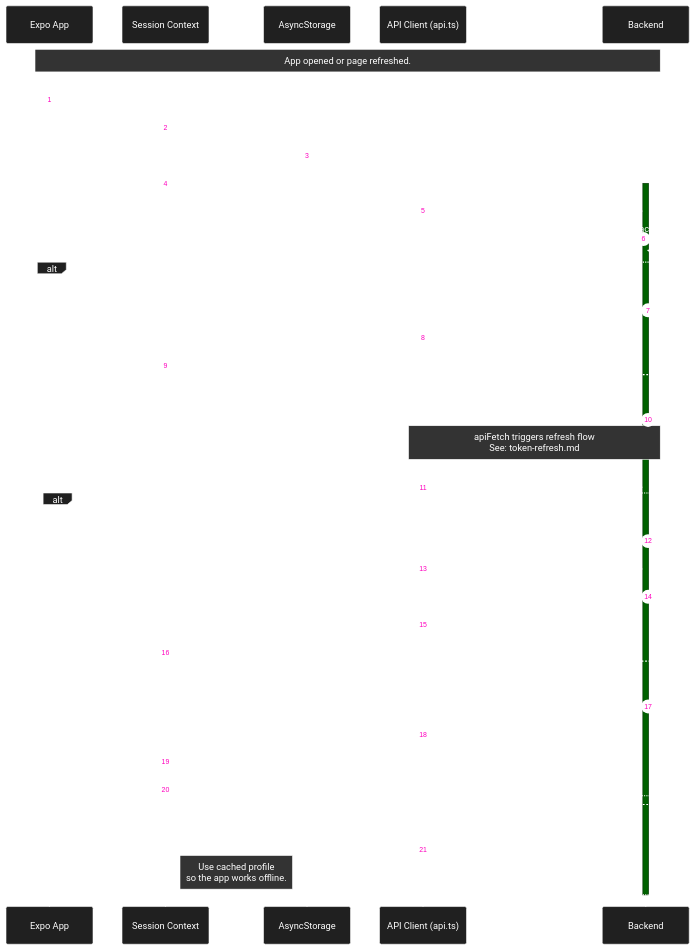
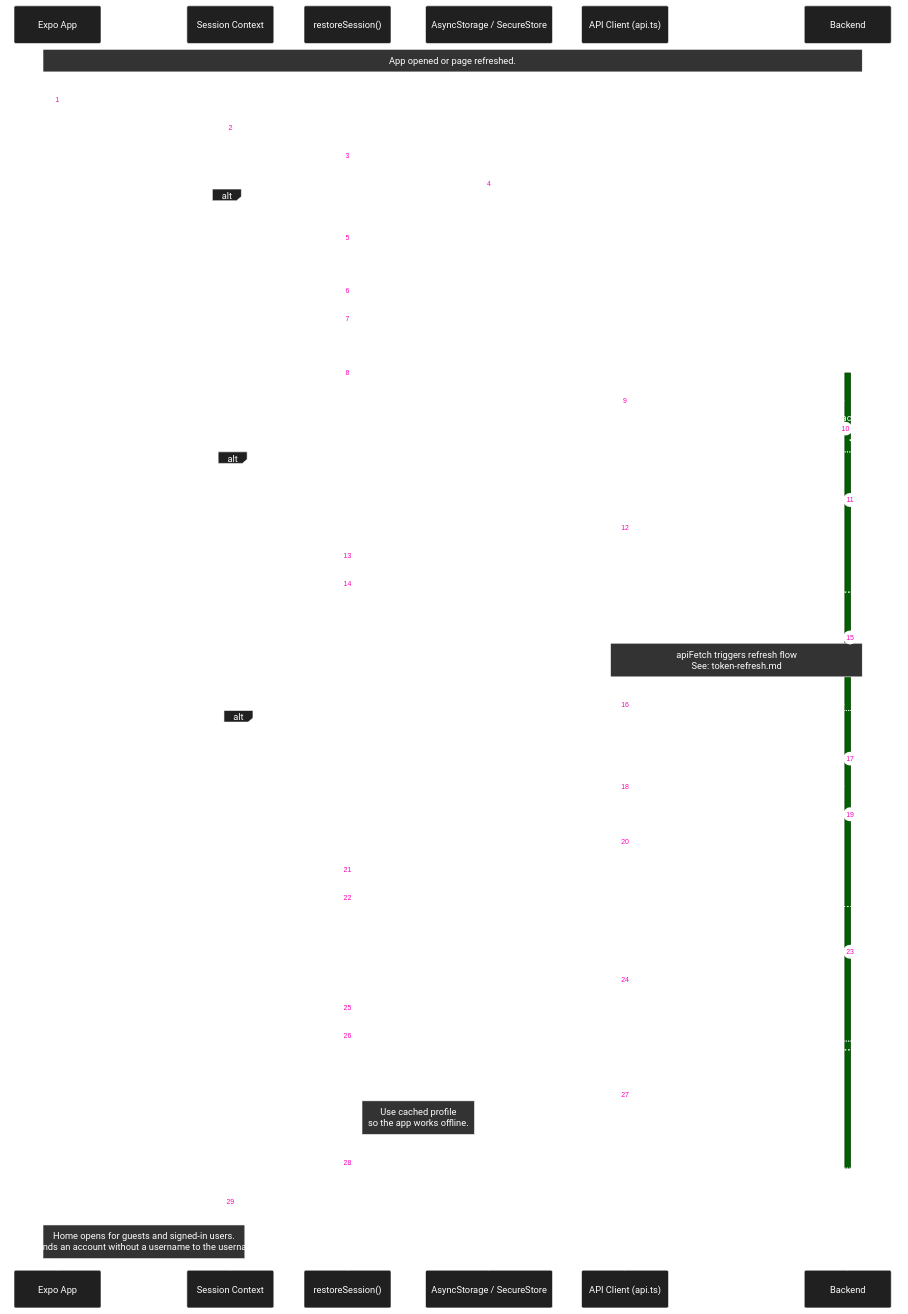
One commit to michaelgreenl/tally-tracker changed the diagram in docs/diagrams/sequence/auth/auth-check.md. Above: the diagram before and after it, drawn with Mermaid. The commit also changed 8 other files, not shown here.

First line of the commit message:
docs(diagrams): match the diagrams to the current code

````diff
--- a/docs/diagrams/sequence/auth/auth-check.md
+++ b/docs/diagrams/sequence/auth/auth-check.md
@@ -22,51 +22,65 @@
     autonumber
     participant App as Expo App
     participant Session as Session Context
-    participant Storage as AsyncStorage
+    participant Restore as restoreSession()
+    participant Storage as AsyncStorage / SecureStore
     participant Client as API Client (api.ts)
     participant API as Backend
 
     Note over App, API: App opened or page refreshed.
 
-    App->>Session: restoreSession()
+    App->>Session: Mount the session provider
+    Session->>Restore: restoreSession()
+    Restore->>Storage: Get cached user profile
+    Storage-->>Restore: Cached user or null
 
-    Session->>Storage: Get cached user profile
-    Storage-->>Session: Cached user
+    alt No cached user
+        Restore-->>Session: null (guest)
+    else Native app without stored tokens
+        Restore->>Storage: Clear local auth
+        Restore-->>Session: null (guest)
+    else Cached user with credentials
+        Restore->>Client: GET /users/check-auth
 
-    Session->>Client: GET /users/check-auth
+        activate API
+        Client->>API: Request (access token via cookie or header)
+        API->>API: Validate access token
 
-    activate API
-    Client->>API: Request (access token via cookie or header)
-    API->>API: Validate access token
+        alt Access Token Valid
+            API-->>Client: 200 { user }
+            Client-->>Restore: User data
+            Restore->>Storage: Update cached profile
+            Restore-->>Session: Verified user
 
-    alt Access Token Valid
-        API-->>Client: 200 { user }
-        Client-->>Session: User data
-        Session->>Storage: Update cached profile
+        else Access Token Expired
+            API-->>Client: 401
 
-    else Access Token Expired
-        API-->>Client: 401
+            Note over Client, API: apiFetch triggers refresh flow<br/>See: token-refresh.md
+            Client->>API: POST /users/refresh
 
-        Note over Client, API: apiFetch triggers refresh flow<br/>See: token-refresh.md
-        Client->>API: POST /users/refresh
+            alt Refresh Succeeds
+                API-->>Client: 200 (new tokens)
+                Client->>API: Retry GET /users/check-auth
+                API-->>Client: 200 { user }
+                Client-->>Restore: User data
+                Restore->>Storage: Update cached profile
+                Restore-->>Session: Verified user
 
-        alt Refresh Succeeds
-            API-->>Client: 200 (new tokens)
-            Client->>API: Retry GET /users/check-auth
-            API-->>Client: 200 { user }
-            Client-->>Session: User data
-            Session->>Storage: Update cached profile
+            else Refresh Fails (expired / invalid)
+                API-->>Client: 401
+                Client-->>Restore: ApiError 401
+                Restore->>Storage: Clear local auth
+                Restore-->>Session: null (guest)
+            end
 
-        else Refresh Fails (expired / invalid)
-            API-->>Client: 401
-            Client-->>Session: Auth failed
-            Session->>Storage: Clear local auth
-            Session->>App: Redirect to /login
+        else Network Error
+            Client-->>Restore: Error
+            Note right of Restore: Use cached profile<br/>so the app works offline.
+            Restore-->>Session: Cached user
         end
+        deactivate API
+    end
 
-    else Network Error
-        Client-->>Session: Error
-        Note right of Session: Use cached profile<br/>so the app works offline.
-    end
-    deactivate API
+    Session->>Session: Set the user and mark the session ready
+    Note over App, Session: Home opens for guests and signed-in users.<br/>Home sends an account without a username to the username step.
 ```
````
